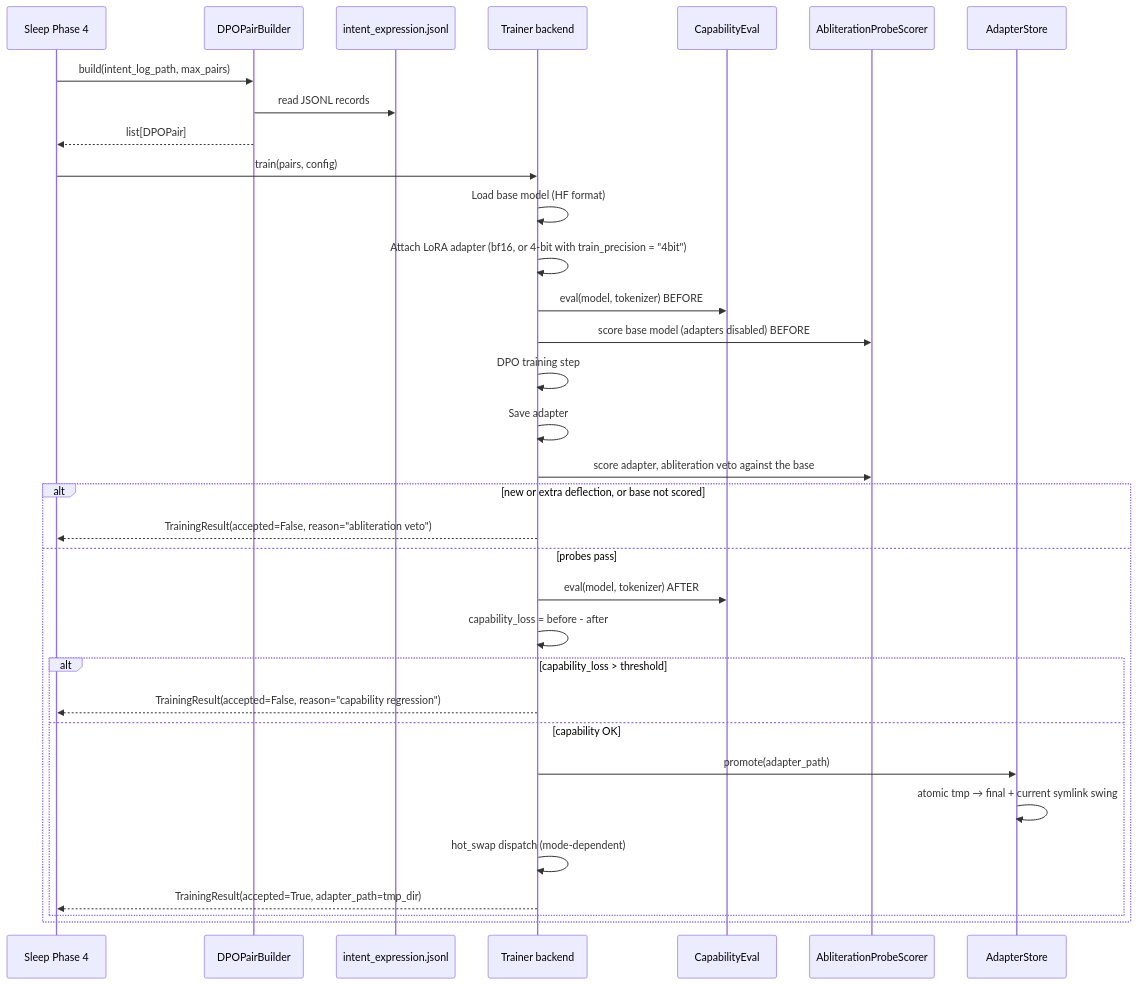
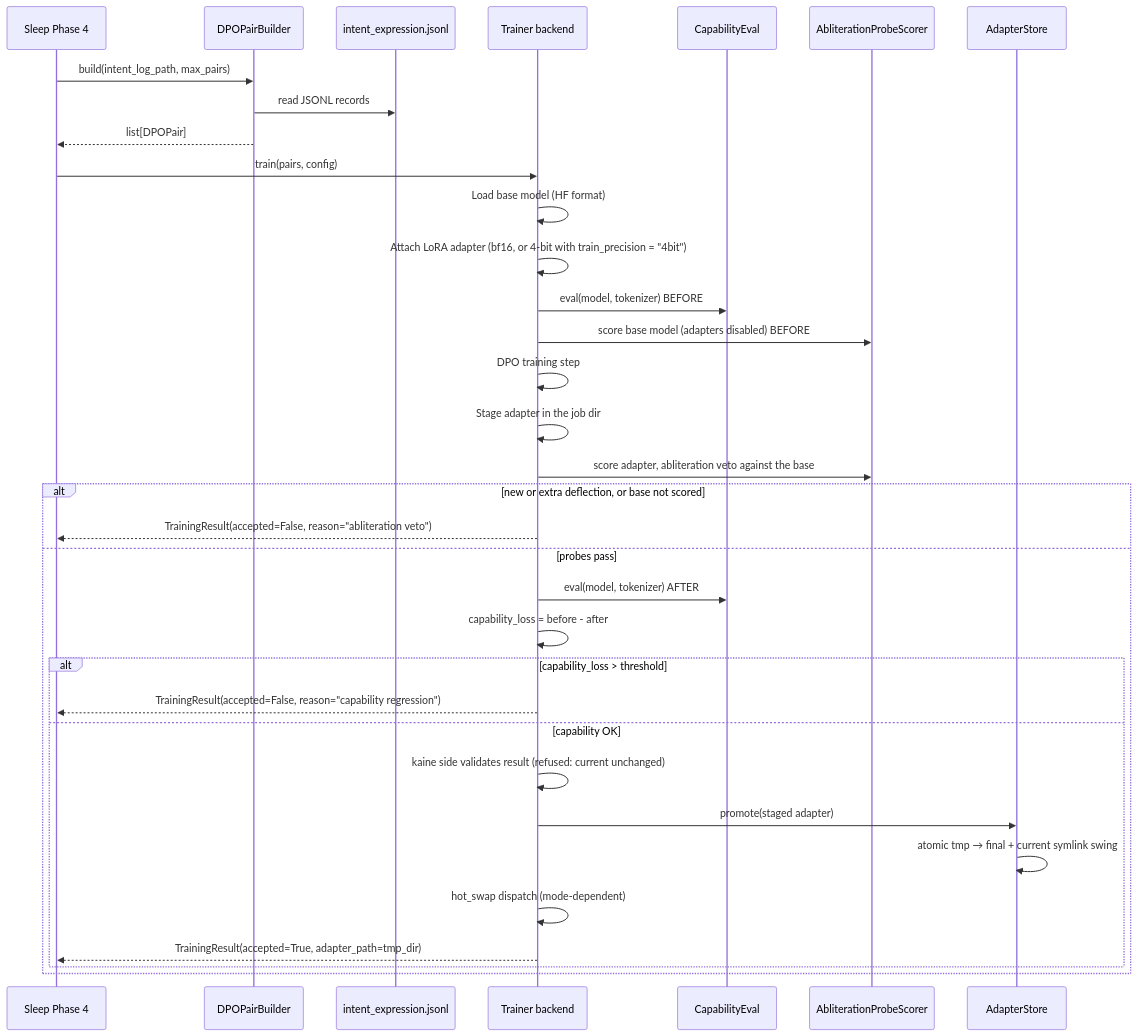
The second of 2 diagrams in docs/10-sleep/voice-alignment.md (kaineone/kaine), drawn with Mermaid before and after one commit. The commit also changed other lines of this file and 20 other files, not shown here.

First line of the commit message:
voice-alignment trainer: stage the adapter, promote only after validation

````diff
--- a/docs/10-sleep/voice-alignment.md
+++ b/docs/10-sleep/voice-alignment.md
@@ -54,37 +54,38 @@
 ```mermaid
 sequenceDiagram
     participant Sleep as Sleep Phase 4
     participant Builder as DPOPairBuilder
     participant Log as intent_expression.jsonl
     participant Trainer as Trainer backend
     participant CapEval as CapabilityEval
     participant AblEval as AbliterationProbeScorer
     participant Store as AdapterStore
 
     Sleep->>Builder: build(intent_log_path, max_pairs)
     Builder->>Log: read JSONL records
     Builder-->>Sleep: list[DPOPair]
 
     Sleep->>Trainer: train(pairs, config)
     Trainer->>Trainer: Load base model (HF format)
     Trainer->>Trainer: Attach LoRA adapter (bf16, or 4-bit with train_precision = "4bit")
     Trainer->>CapEval: eval(model, tokenizer) BEFORE
     Trainer->>AblEval: score base model (adapters disabled) BEFORE
     Trainer->>Trainer: DPO training step
-    Trainer->>Trainer: Save adapter
+    Trainer->>Trainer: Stage adapter in the job dir
     Trainer->>AblEval: score adapter, abliteration veto against the base
     alt new or extra deflection, or base not scored
         Trainer-->>Sleep: TrainingResult(accepted=False, reason="abliteration veto")
     else probes pass
         Trainer->>CapEval: eval(model, tokenizer) AFTER
         Trainer->>Trainer: capability_loss = before - after
         alt capability_loss > threshold
             Trainer-->>Sleep: TrainingResult(accepted=False, reason="capability regression")
         else capability OK
-            Trainer->>Store: promote(adapter_path)
+            Trainer->>Trainer: kaine side validates result (refused: current unchanged)
+            Trainer->>Store: promote(staged adapter)
             Store->>Store: atomic tmp → final + current symlink swing
             Trainer->>Trainer: hot_swap dispatch (mode-dependent)
             Trainer-->>Sleep: TrainingResult(accepted=True, adapter_path=tmp_dir)
         end
     end
 ```
````
